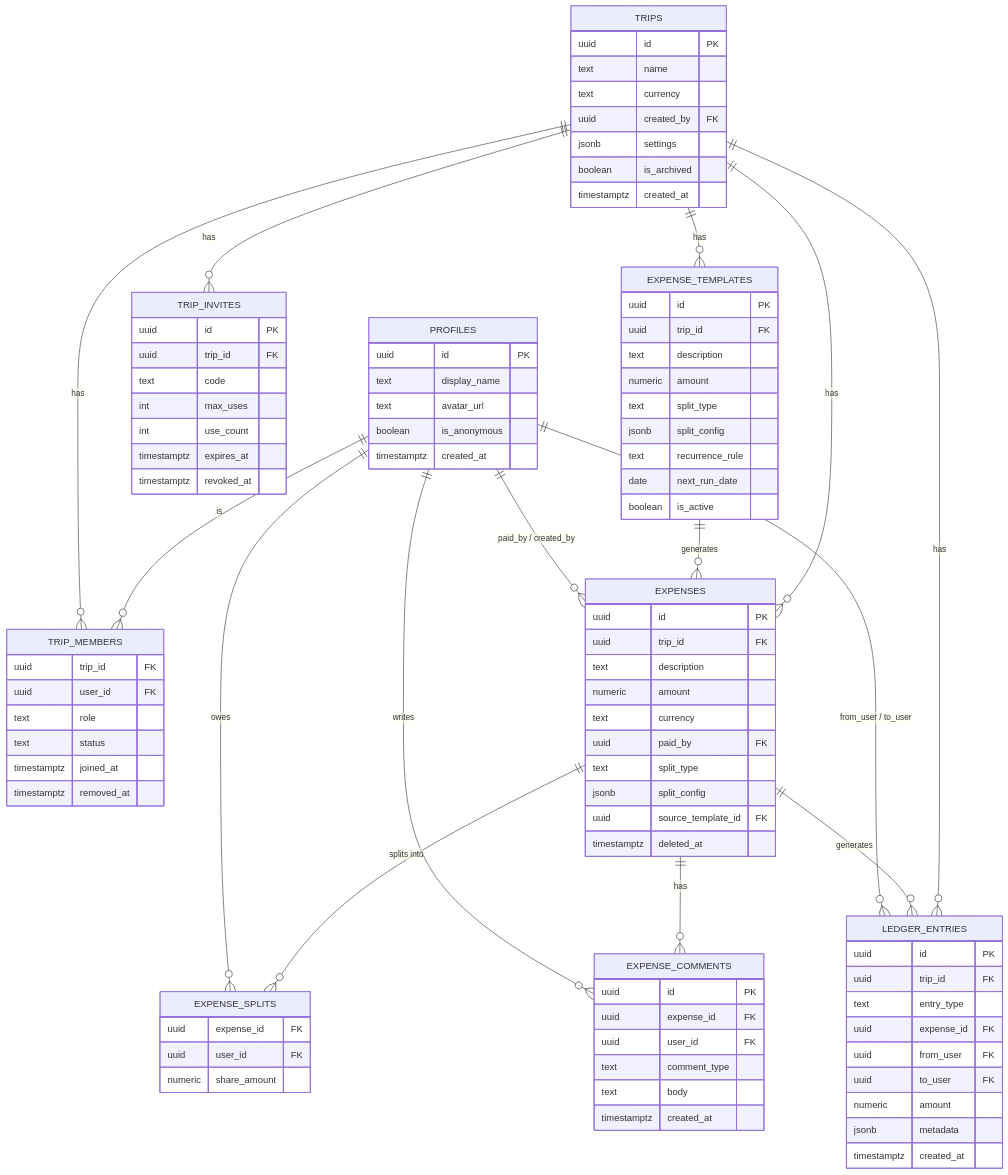
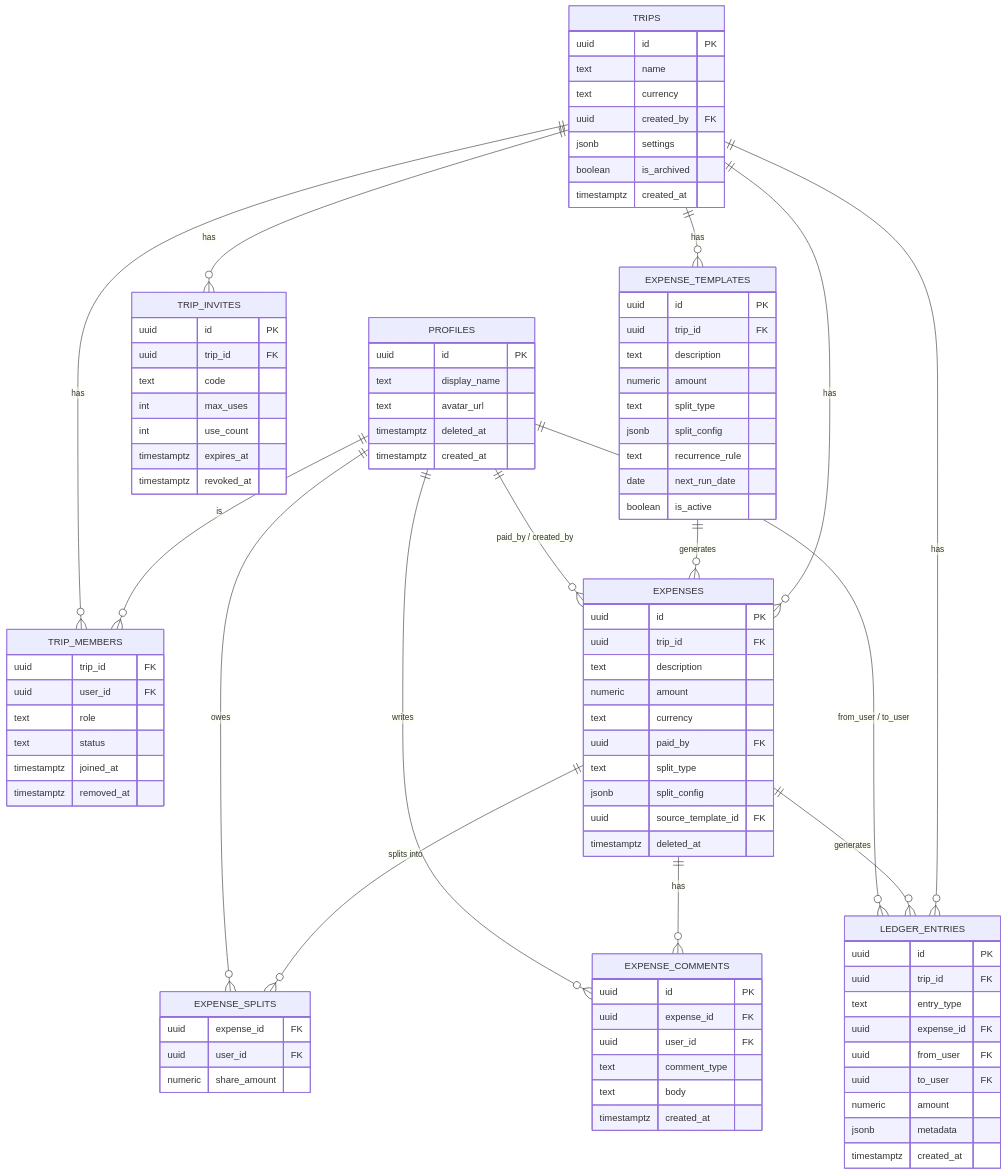
The diagram in docs/architecture/expensio-data-model.md (Amartya-007/Expensio), drawn with Mermaid before and after one commit. The commit also changed other lines of this file and 3 other files, not shown here.

```diff
--- a/docs/architecture/expensio-data-model.md
+++ b/docs/architecture/expensio-data-model.md
@@ -26,7 +26,7 @@
         uuid id PK
         text display_name
         text avatar_url
-        boolean is_anonymous
+        timestamptz deleted_at
         timestamptz created_at
     }
     TRIPS {
```
